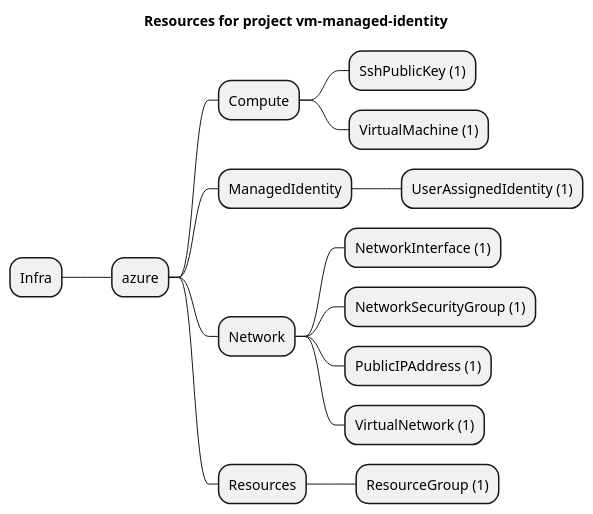
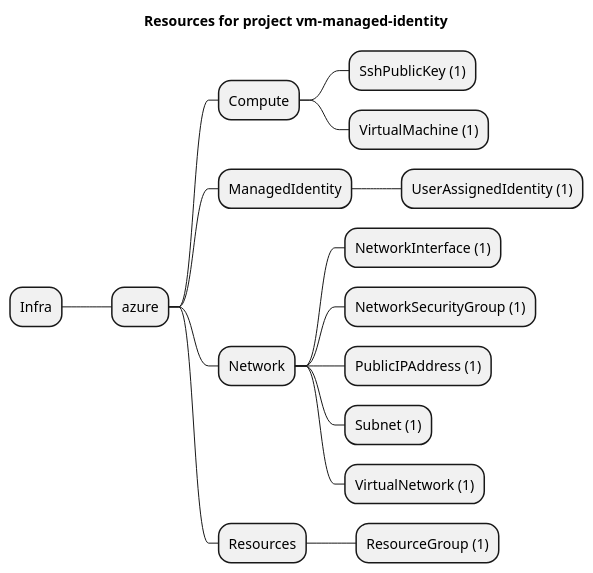
One commit to grucloud/grucloud changed the diagram in examples/azure/Compute/vm-managed-identity/artifacts/resources-mindmap.puml. Above: the diagram before and after it, drawn with PlantUML. The commit also changed 8 other files, not shown here.

```diff
--- a/examples/azure/Compute/vm-managed-identity/artifacts/resources-mindmap.puml
+++ b/examples/azure/Compute/vm-managed-identity/artifacts/resources-mindmap.puml
@@ -1,18 +1,19 @@
 @startmindmap
 title Resources for project vm-managed-identity
 skinparam monochrome true
 + Infra
 ++ azure
 +++ Compute
 ++++ SshPublicKey (1)
 ++++ VirtualMachine (1)
 +++ ManagedIdentity
 ++++ UserAssignedIdentity (1)
 +++ Network
 ++++ NetworkInterface (1)
 ++++ NetworkSecurityGroup (1)
 ++++ PublicIPAddress (1)
+++++ Subnet (1)
 ++++ VirtualNetwork (1)
 +++ Resources
 ++++ ResourceGroup (1)
 @endmindmap
```
